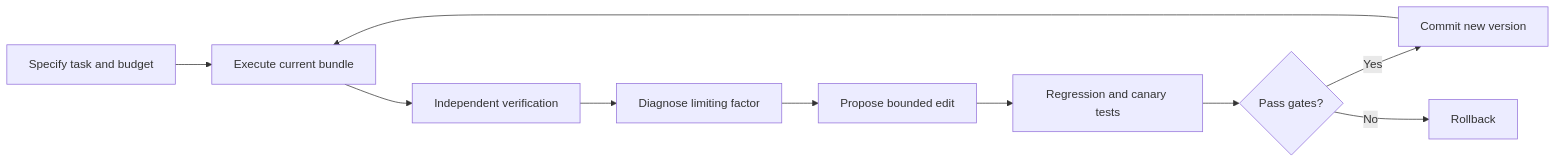
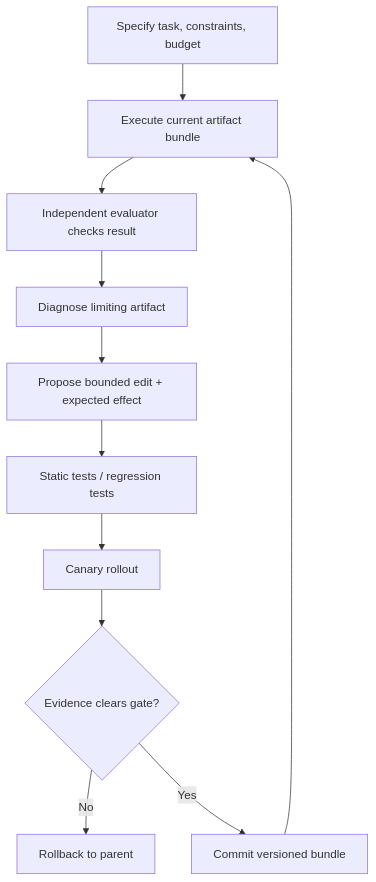
One commit to ShadowKingYT444/harness-papers-daily changed the diagram in _analyses/2609.35432.md. Above: the diagram before and after it, drawn with Mermaid. The commit also changed other lines of this file and 37 other files, not shown here.

````diff
--- a/_analyses/2609.35432.md
+++ b/_analyses/2609.35432.md
@@ -21,12 +44,13 @@
-```mermaid
-flowchart LR
-    A[Specify task and budget] --> B[Execute current bundle]
-    B --> C[Independent verification]
-    C --> D[Diagnose limiting factor]
-    D --> E[Propose bounded edit]
-    E --> F[Regression and canary tests]
-    F --> G{Pass gates?}
-    G -- Yes --> H[Commit new version]
-    G -- No --> I[Rollback]
-    H --> B
-```
+~~~mermaid
+flowchart TD
+    A["Specify task, constraints, budget"] --> B["Execute current artifact bundle"]
+    B --> C["Independent evaluator checks result"]
+    C --> D["Diagnose limiting artifact"]
+    D --> E["Propose bounded edit + expected effect"]
+    E --> F["Static tests / regression tests"]
+    F --> G["Canary rollout"]
+    G --> H{"Evidence clears gate?"}
+    H -- "No" --> I["Rollback to parent"]
+    H -- "Yes" --> J["Commit versioned bundle"]
+    J --> B
+~~~
````
